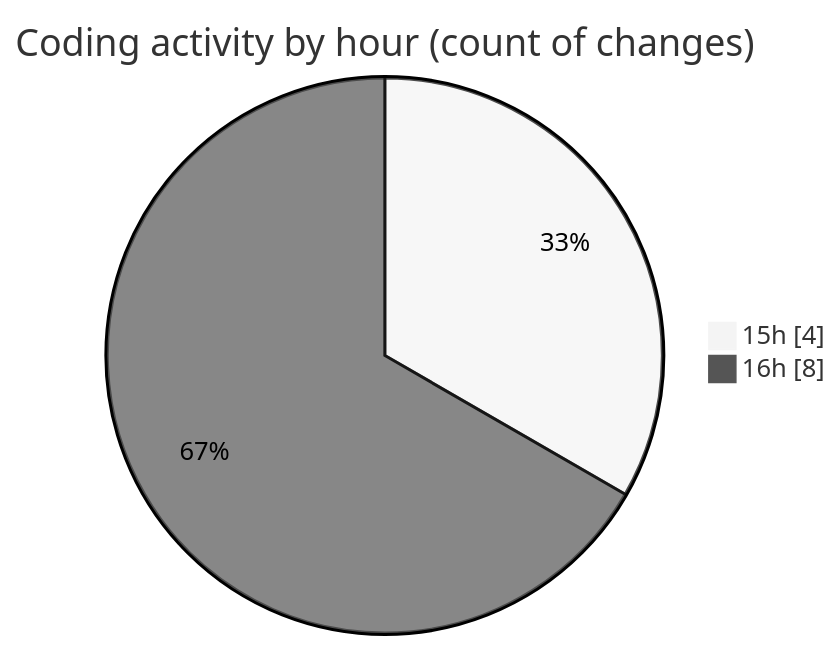
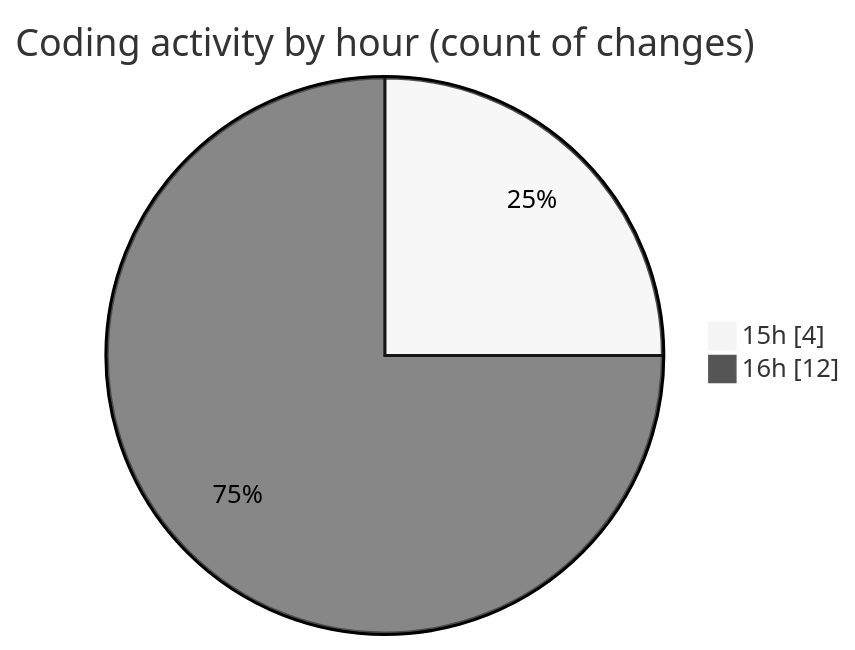
One commit to debugP/code-tracking changed the second of 2 diagrams in 2025-10-06/untitled__workspace_/README.md. Above: the diagram before and after it, drawn with Mermaid (neutral theme). The commit also changed other lines of this file and 1 other file, not shown here.

````diff
--- a/2025-10-06/untitled__workspace_/README.md
+++ b/2025-10-06/untitled__workspace_/README.md
@@ -30,6 +36,6 @@
 ```mermaid
 pie showData
 title Coding activity by hour (count of changes)
 "15h" : 4
-"16h" : 8
+"16h" : 12
 ```
````
